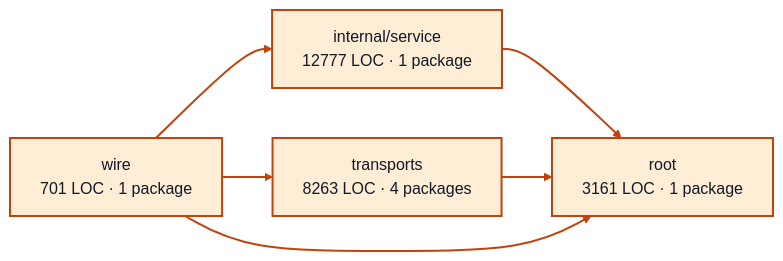
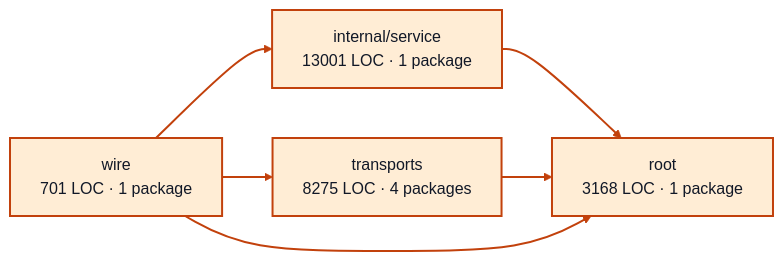
The diagram in docs/architecture/visualizations/services/worker_sessions.md (portpowered/you-agent-factory), drawn with Mermaid before and after one commit. The commit also changed other lines of this file and 20 other files, not shown here.

Commit message:
docs: refresh backend architecture visualizations

````diff
--- a/docs/architecture/visualizations/services/worker_sessions.md
+++ b/docs/architecture/visualizations/services/worker_sessions.md
@@ -11,17 +11,17 @@
 ```mermaid
 flowchart LR
-  p0["internal/service<br/>12777 LOC · 1 package"]
-  p1["root<br/>3161 LOC · 1 package"]
-  p2["transports<br/>8263 LOC · 4 packages"]
+  p0["internal/service<br/>13001 LOC · 1 package"]
+  p1["root<br/>3168 LOC · 1 package"]
+  p2["transports<br/>8275 LOC · 4 packages"]
   p3["wire<br/>701 LOC · 1 package"]
   p0 --> p1
   p2 --> p1
   p3 --> p0
   p3 --> p1
   p3 --> p2
   style p0 fill:#ffedd5,stroke:#c2410c,stroke-width:2px,color:#111827
   style p1 fill:#ffedd5,stroke:#c2410c,stroke-width:2px,color:#111827
   style p2 fill:#ffedd5,stroke:#c2410c,stroke-width:2px,color:#111827
   style p3 fill:#ffedd5,stroke:#c2410c,stroke-width:2px,color:#111827
   linkStyle default stroke:#c2410c,stroke-width:2px
 ```
````
